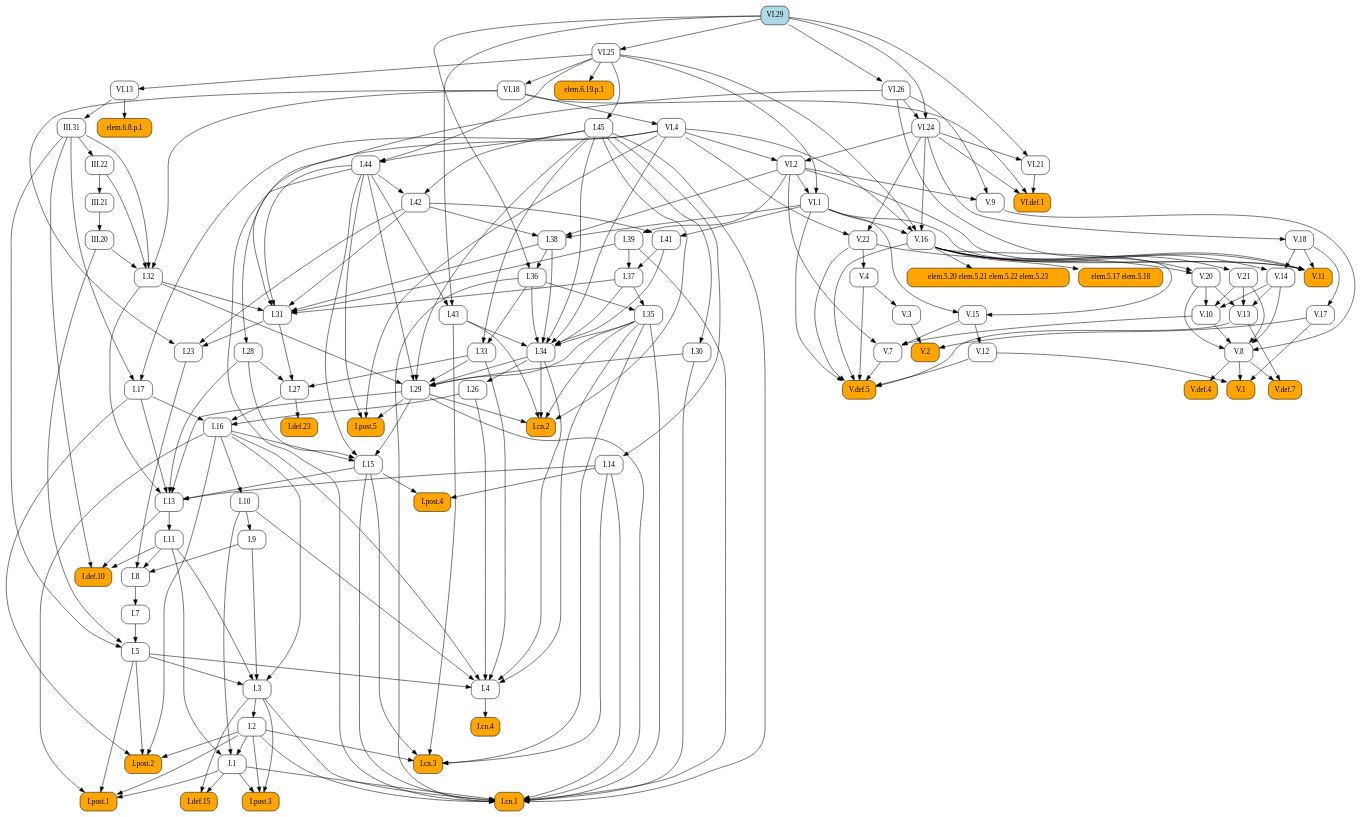
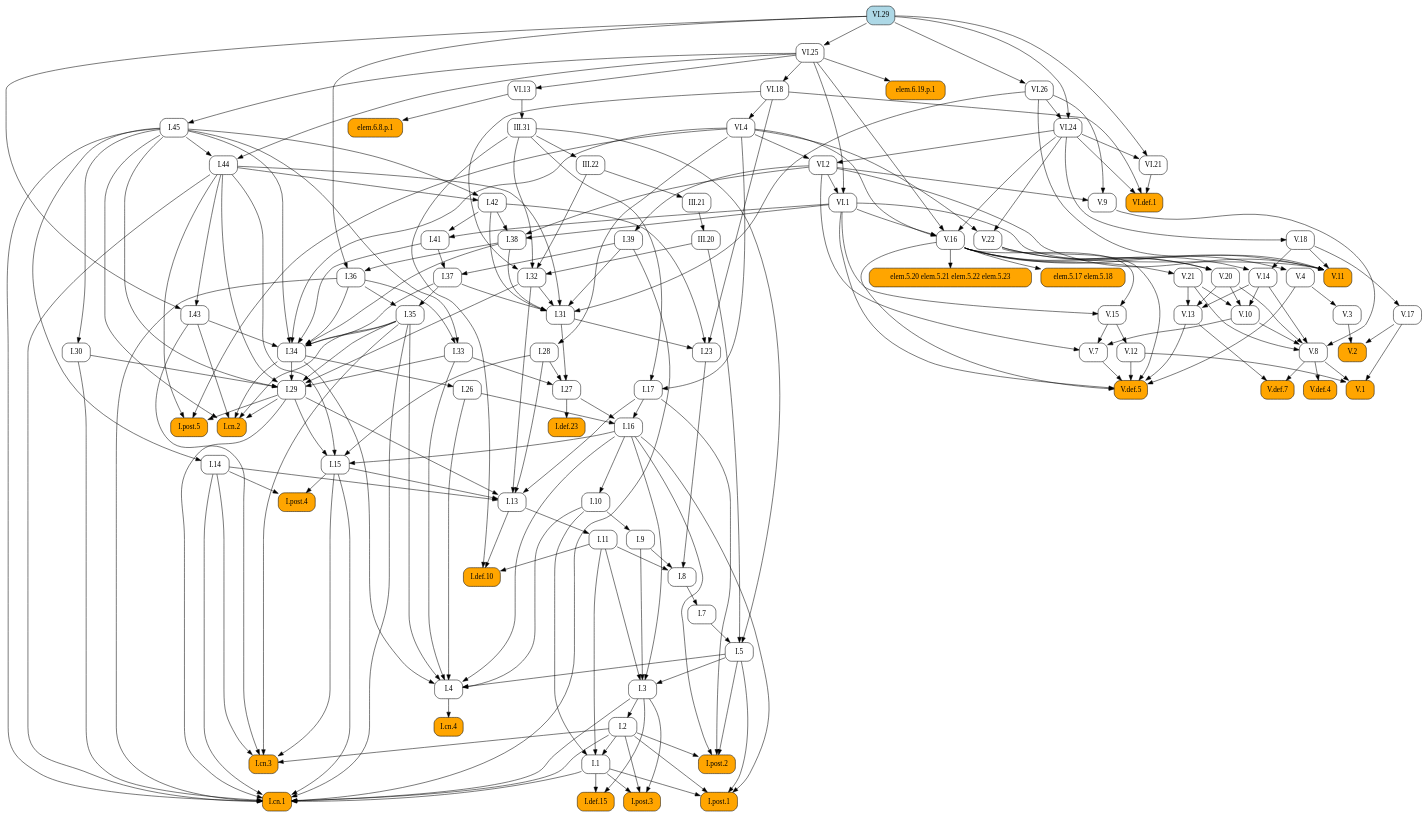
Before and after one commit to geometor/elements: the diagram in docsrc/elements2/VI/29/index.rst, drawn with Graphviz. The commit also changed other lines of this file and 409 other files, not shown here.

First line of the commit message:
feat: Add image cropping and graphic extraction script

```diff
--- a/docsrc/elements2/VI/29/index.rst
+++ b/docsrc/elements2/VI/29/index.rst
@@ -90,126 +90,94 @@
    digraph {
      rankdir="TB";
      node [shape=box, style=rounded];
+     "I.31" [URL="/elements2/I/31/", target="_top"];
+     "I.41" [URL="/elements2/I/41/", target="_top"];
+     "V.10" [URL="/elements2/V/10/", target="_top"];
      "I.8" [URL="/elements2/I/8/", target="_top"];
-     "V.20" [URL="/elements2/V/20/", target="_top"];
+     "I.15" [URL="/elements2/I/15/", target="_top"];
+     "VI.1" [URL="/elements2/VI/1/", target="_top"];
+     "V.8" [URL="/elements2/V/8/", target="_top"];
+     "I.44" [URL="/elements2/I/44/", target="_top"];
+     "I.26" [URL="/elements2/I/26/", target="_top"];
+     "I.cn.1" [style="rounded,filled", fillcolor=orange, URL="/elements2/I/cn.1/", target="_top"];
+     "elem.5.20 elem.5.21 elem.5.22 elem.5.23" [style="rounded,filled", fillcolor=orange];
+     "elem.6.8.p.1" [style="rounded,filled", fillcolor=orange];
+     "I.28" [URL="/elements2/I/28/", target="_top"];
+     "V.def.5" [style="rounded,filled", fillcolor=orange, URL="/elements2/V/def.5/", target="_top"];
+     "V.17" [URL="/elements2/V/17/", target="_top"];
+     "I.16" [URL="/elements2/I/16/", target="_top"];
+     "VI.13" [URL="/elements2/VI/13/", target="_top"];
+     "I.35" [URL="/elements2/I/35/", target="_top"];
+     "I.34" [URL="/elements2/I/34/", target="_top"];
+     "elem.6.19.p.1" [style="rounded,filled", fillcolor=orange];
+     "I.30" [URL="/elements2/I/30/", target="_top"];
+     "VI.18" [URL="/elements2/VI/18/", target="_top"];
+     "VI.4" [URL="/elements2/VI/4/", target="_top"];
+     "I.33" [URL="/elements2/I/33/", target="_top"];
+     "V.15" [URL="/elements2/V/15/", target="_top"];
+     "V.3" [URL="/elements2/V/3/", target="_top"];
+     "elem.5.17 elem.5.18" [style="rounded,filled", fillcolor=orange];
+     "I.def.15" [style="rounded,filled", fillcolor=orange, URL="/elements2/I/def.15/", target="_top"];
+     "V.4" [URL="/elements2/V/4/", target="_top"];
+     "V.14" [URL="/elements2/V/14/", target="_top"];
+     "I.42" [URL="/elements2/I/42/", target="_top"];
+     "I.11" [URL="/elements2/I/11/", target="_top"];
+     "III.22" [URL="/elements2/III/22/", target="_top"];
+     "I.14" [URL="/elements2/I/14/", target="_top"];
+     "III.21" [URL="/elements2/III/21/", target="_top"];
+     "I.cn.3" [style="rounded,filled", fillcolor=orange, URL="/elements2/I/cn.3/", target="_top"];
+     "V.11" [style="rounded,filled", fillcolor=orange, URL="/elements2/V/11/", target="_top"];
+     "I.9" [URL="/elements2/I/9/", target="_top"];
+     "I.29" [URL="/elements2/I/29/", target="_top"];
      "I.36" [URL="/elements2/I/36/", target="_top"];
-     "V.def.5" [style="rounded,filled", fillcolor=orange, URL="/elements2/V/def.5/", target="_top"];
-     "VI.13" [URL="/elements2/VI/13/", target="_top"];
-     "I.38" [URL="/elements2/I/38/", target="_top"];
-     "I.post.5" [style="rounded,filled", fillcolor=orange, URL="/elements2/I/post.5/", target="_top"];
-     "I.def.10" [style="rounded,filled", fillcolor=orange, URL="/elements2/I/def.10/", target="_top"];
-     "I.30" [URL="/elements2/I/30/", target="_top"];
+     "V.13" [URL="/elements2/V/13/", target="_top"];
+     "I.post.1" [style="rounded,filled", fillcolor=orange, URL="/elements2/I/post.1/", target="_top"];
+     "V.def.4" [style="rounded,filled", fillcolor=orange, URL="/elements2/V/def.4/", target="_top"];
+     "VI.2" [URL="/elements2/VI/2/", target="_top"];
+     "I.27" [URL="/elements2/I/27/", target="_top"];
+     "V.1" [style="rounded,filled", fillcolor=orange, URL="/elements2/V/1/", target="_top"];
+     "I.cn.4" [style="rounded,filled", fillcolor=orange, URL="/elements2/I/cn.4/", target="_top"];
+     "I.post.4" [style="rounded,filled", fillcolor=orange, URL="/elements2/I/post.4/", target="_top"];
      "I.cn.2" [style="rounded,filled", fillcolor=orange, URL="/elements2/I/cn.2/", target="_top"];
-     "elem.6.19.p.1" [style="rounded,filled", fillcolor=orange];
-     "III.31" [URL="/elements2/III/31/", target="_top"];
-     "I.31" [URL="/elements2/I/31/", target="_top"];
+     "V.7" [URL="/elements2/V/7/", target="_top"];
+     "I.37" [URL="/elements2/I/37/", target="_top"];
      "I.43" [URL="/elements2/I/43/", target="_top"];
-     "I.post.2" [style="rounded,filled", fillcolor=orange, URL="/elements2/I/post.2/", target="_top"];
-     "I.def.23" [style="rounded,filled", fillcolor=orange, URL="/elements2/I/def.23/", target="_top"];
-     "VI.25" [URL="/elements2/VI/25/", target="_top"];
-     "I.26" [URL="/elements2/I/26/", target="_top"];
-     "VI.21" [URL="/elements2/VI/21/", target="_top"];
-     "V.17" [URL="/elements2/V/17/", target="_top"];
-     "elem.6.8.p.1" [style="rounded,filled", fillcolor=orange];
-     "V.3" [URL="/elements2/V/3/", target="_top"];
-     "I.cn.3" [style="rounded,filled", fillcolor=orange, URL="/elements2/I/cn.3/", target="_top"];
+     "V.21" [URL="/elements2/V/21/", target="_top"];
+     "I.5" [URL="/elements2/I/5/", target="_top"];
+     "V.def.7" [style="rounded,filled", fillcolor=orange, URL="/elements2/V/def.7/", target="_top"];
+     "I.17" [URL="/elements2/I/17/", target="_top"];
+     "V.12" [URL="/elements2/V/12/", target="_top"];
+     "I.32" [URL="/elements2/I/32/", target="_top"];
+     "I.7" [URL="/elements2/I/7/", target="_top"];
+     "V.18" [URL="/elements2/V/18/", target="_top"];
+     "I.23" [URL="/elements2/I/23/", target="_top"];
+     "V.9" [URL="/elements2/V/9/", target="_top"];
      "III.20" [URL="/elements2/III/20/", target="_top"];
      "V.2" [style="rounded,filled", fillcolor=orange, URL="/elements2/V/2/", target="_top"];
-     "V.12" [URL="/elements2/V/12/", target="_top"];
+     "VI.29" [style="rounded,filled", fillcolor=lightblue, URL="/elements2/VI/29/", target="_top"];
+     "VI.21" [URL="/elements2/VI/21/", target="_top"];
+     "VI.25" [URL="/elements2/VI/25/", target="_top"];
+     "I.38" [URL="/elements2/I/38/", target="_top"];
+     "III.31" [URL="/elements2/III/31/", target="_top"];
+     "I.def.10" [style="rounded,filled", fillcolor=orange, URL="/elements2/I/def.10/", target="_top"];
+     "VI.24" [URL="/elements2/VI/24/", target="_top"];
+     "V.20" [URL="/elements2/V/20/", target="_top"];
+     "V.16" [URL="/elements2/V/16/", target="_top"];
+     "I.def.23" [style="rounded,filled", fillcolor=orange, URL="/elements2/I/def.23/", target="_top"];
+     "I.post.5" [style="rounded,filled", fillcolor=orange, URL="/elements2/I/post.5/", target="_top"];
+     "VI.26" [URL="/elements2/VI/26/", target="_top"];
+     "I.3" [URL="/elements2/I/3/", target="_top"];
+     "I.10" [URL="/elements2/I/10/", target="_top"];
+     "I.13" [URL="/elements2/I/13/", target="_top"];
+     "I.4" [URL="/elements2/I/4/", target="_top"];
+     "I.post.3" [style="rounded,filled", fillcolor=orange, URL="/elements2/I/post.3/", target="_top"];
+     "I.39" [URL="/elements2/I/39/", target="_top"];
+     "I.45" [URL="/elements2/I/45/", target="_top"];
+     "I.2" [URL="/elements2/I/2/", target="_top"];
+     "VI.def.1" [style="rounded,filled", fillcolor=orange, URL="/elements2/VI/def.1/", target="_top"];
+     "I.1" [URL="/elements2/I/1/", target="_top"];
+     "I.post.2" [style="rounded,filled", fillcolor=orange, URL="/elements2/I/post.2/", target="_top"];
      "V.22" [URL="/elements2/V/22/", target="_top"];
-     "VI.18" [URL="/elements2/VI/18/", target="_top"];
-     "I.35" [URL="/elements2/I/35/", target="_top"];
-     "I.41" [URL="/elements2/I/41/", target="_top"];
-     "I.28" [URL="/elements2/I/28/", target="_top"];
-     "I.27" [URL="/elements2/I/27/", target="_top"];
-     "I.4" [URL="/elements2/I/4/", target="_top"];
-     "I.44" [URL="/elements2/I/44/", target="_top"];
-     "V.8" [URL="/elements2/V/8/", target="_top"];
-     "VI.2" [URL="/elements2/VI/2/", target="_top"];
-     "I.39" [URL="/elements2/I/39/", target="_top"];
-     "I.15" [URL="/elements2/I/15/", target="_top"];
-     "VI.24" [URL="/elements2/VI/24/", target="_top"];
-     "I.34" [URL="/elements2/I/34/", target="_top"];
-     "I.post.3" [style="rounded,filled", fillcolor=orange, URL="/elements2/I/post.3/", target="_top"];
-     "I.32" [URL="/elements2/I/32/", target="_top"];
-     "V.18" [URL="/elements2/V/18/", target="_top"];
-     "V.def.4" [style="rounded,filled", fillcolor=orange, URL="/elements2/V/def.4/", target="_top"];
-     "I.14" [URL="/elements2/I/14/", target="_top"];
-     "I.post.1" [style="rounded,filled", fillcolor=orange, URL="/elements2/I/post.1/", target="_top"];
-     "I.33" [URL="/elements2/I/33/", target="_top"];
-     "I.45" [URL="/elements2/I/45/", target="_top"];
-     "I.5" [URL="/elements2/I/5/", target="_top"];
-     "elem.5.17 elem.5.18" [style="rounded,filled", fillcolor=orange];
-     "VI.1" [URL="/elements2/VI/1/", target="_top"];
-     "V.11" [style="rounded,filled", fillcolor=orange, URL="/elements2/V/11/", target="_top"];
-     "V.13" [URL="/elements2/V/13/", target="_top"];
-     "III.22" [URL="/elements2/III/22/", target="_top"];
-     "V.9" [URL="/elements2/V/9/", target="_top"];
-     "V.16" [URL="/elements2/V/16/", target="_top"];
-     "I.def.15" [style="rounded,filled", fillcolor=orange, URL="/elements2/I/def.15/", target="_top"];
-     "V.15" [URL="/elements2/V/15/", target="_top"];
-     "I.11" [URL="/elements2/I/11/", target="_top"];
-     "I.3" [URL="/elements2/I/3/", target="_top"];
-     "V.14" [URL="/elements2/V/14/", target="_top"];
-     "VI.4" [URL="/elements2/VI/4/", target="_top"];
-     "V.10" [URL="/elements2/V/10/", target="_top"];
-     "I.1" [URL="/elements2/I/1/", target="_top"];
-     "I.cn.4" [style="rounded,filled", fillcolor=orange, URL="/elements2/I/cn.4/", target="_top"];
-     "I.23" [URL="/elements2/I/23/", target="_top"];
-     "III.21" [URL="/elements2/III/21/", target="_top"];
-     "I.7" [URL="/elements2/I/7/", target="_top"];
-     "I.42" [URL="/elements2/I/42/", target="_top"];
-     "I.17" [URL="/elements2/I/17/", target="_top"];
-     "I.9" [URL="/elements2/I/9/", target="_top"];
-     "V.1" [style="rounded,filled", fillcolor=orange, URL="/elements2/V/1/", target="_top"];
-     "V.7" [URL="/elements2/V/7/", target="_top"];
-     "I.29" [URL="/elements2/I/29/", target="_top"];
-     "V.21" [URL="/elements2/V/21/", target="_top"];
-     "elem.5.20 elem.5.21 elem.5.22 elem.5.23" [style="rounded,filled", fillcolor=orange];
-     "I.16" [URL="/elements2/I/16/", target="_top"];
-     "I.cn.1" [style="rounded,filled", fillcolor=orange, URL="/elements2/I/cn.1/", target="_top"];
-     "I.post.4" [style="rounded,filled", fillcolor=orange, URL="/elements2/I/post.4/", target="_top"];
-     "I.13" [URL="/elements2/I/13/", target="_top"];
-     "VI.def.1" [style="rounded,filled", fillcolor=orange, URL="/elements2/VI/def.1/", target="_top"];
-     "I.2" [URL="/elements2/I/2/", target="_top"];
-     "I.37" [URL="/elements2/I/37/", target="_top"];
-     "VI.29" [style="rounded,filled", fillcolor=lightblue, URL="/elements2/VI/29/", target="_top"];
-     "I.10" [URL="/elements2/I/10/", target="_top"];
-     "V.def.7" [style="rounded,filled", fillcolor=orange, URL="/elements2/V/def.7/", target="_top"];
-     "VI.26" [URL="/elements2/VI/26/", target="_top"];
-     "V.4" [URL="/elements2/V/4/", target="_top"];
-     "I.9" -> "I.8";
-     "I.11" -> "I.8";
-     "I.23" -> "I.8";
-     "V.16" -> "V.20";
-     "V.22" -> "V.20";
-     "I.38" -> "I.36";
-     "VI.29" -> "I.36";
-     "V.4" -> "V.def.5";
-     "V.7" -> "V.def.5";
-     "V.12" -> "V.def.5";
-     "V.13" -> "V.def.5";
-     "V.16" -> "V.def.5";
-     "V.22" -> "V.def.5";
-     "VI.1" -> "V.def.5";
-     "VI.25" -> "VI.13";
-     "I.42" -> "I.38";
-     "VI.1" -> "I.38";
-     "VI.2" -> "I.38";
-     "I.29" -> "I.post.5";
-     "I.44" -> "I.post.5";
-     "VI.4" -> "I.post.5";
-     "I.11" -> "I.def.10";
-     "I.13" -> "I.def.10";
-     "III.31" -> "I.def.10";
-     "I.45" -> "I.30";
-     "I.29" -> "I.cn.2";
-     "I.34" -> "I.cn.2";
-     "I.35" -> "I.cn.2";
-     "I.43" -> "I.cn.2";
-     "I.45" -> "I.cn.2";
-     "VI.25" -> "elem.6.19.p.1";
-     "VI.13" -> "III.31";
      "I.32" -> "I.31";
      "I.37" -> "I.31";
      "I.38" -> "I.31";
@@ -217,156 +185,28 @@
      "I.42" -> "I.31";
      "I.44" -> "I.31";
      "VI.26" -> "I.31";
-     "I.44" -> "I.43";
-     "VI.29" -> "I.43";
-     "I.2" -> "I.post.2";
-     "I.5" -> "I.post.2";
-     "I.16" -> "I.post.2";
-     "I.17" -> "I.post.2";
-     "I.27" -> "I.def.23";
-     "VI.29" -> "VI.25";
-     "I.34" -> "I.26";
-     "VI.24" -> "VI.21";
-     "VI.29" -> "VI.21";
-     "V.18" -> "V.17";
-     "VI.13" -> "elem.6.8.p.1";
-     "V.4" -> "V.3";
-     "I.2" -> "I.cn.3";
-     "I.14" -> "I.cn.3";
-     "I.15" -> "I.cn.3";
-     "I.35" -> "I.cn.3";
-     "I.43" -> "I.cn.3";
-     "III.21" -> "III.20";
-     "V.3" -> "V.2";
-     "V.17" -> "V.2";
-     "V.15" -> "V.12";
-     "VI.4" -> "V.22";
-     "VI.24" -> "V.22";
-     "VI.25" -> "VI.18";
-     "I.36" -> "I.35";
-     "I.37" -> "I.35";
      "I.42" -> "I.41";
      "VI.1" -> "I.41";
-     "VI.4" -> "I.28";
-     "I.28" -> "I.27";
-     "I.31" -> "I.27";
-     "I.33" -> "I.27";
-     "I.5" -> "I.4";
-     "I.10" -> "I.4";
-     "I.16" -> "I.4";
-     "I.26" -> "I.4";
-     "I.33" -> "I.4";
-     "I.34" -> "I.4";
-     "I.35" -> "I.4";
-     "I.45" -> "I.44";
-     "VI.25" -> "I.44";
+     "V.14" -> "V.10";
+     "V.20" -> "V.10";
+     "V.21" -> "V.10";
+     "I.9" -> "I.8";
+     "I.11" -> "I.8";
+     "I.23" -> "I.8";
+     "I.16" -> "I.15";
+     "I.28" -> "I.15";
+     "I.29" -> "I.15";
+     "I.44" -> "I.15";
+     "VI.2" -> "VI.1";
+     "VI.25" -> "VI.1";
      "V.9" -> "V.8";
      "V.10" -> "V.8";
      "V.14" -> "V.8";
      "V.20" -> "V.8";
      "V.21" -> "V.8";
-     "VI.4" -> "VI.2";
-     "VI.24" -> "VI.2";
-     "VI.2" -> "I.39";
-     "I.16" -> "I.15";
-     "I.28" -> "I.15";
-     "I.29" -> "I.15";
-     "I.44" -> "I.15";
-     "VI.26" -> "VI.24";
-     "VI.29" -> "VI.24";
-     "I.35" -> "I.34";
-     "I.36" -> "I.34";
-     "I.37" -> "I.34";
-     "I.38" -> "I.34";
-     "I.41" -> "I.34";
-     "I.43" -> "I.34";
-     "I.45" -> "I.34";
-     "VI.4" -> "I.34";
-     "I.1" -> "I.post.3";
-     "I.2" -> "I.post.3";
-     "I.3" -> "I.post.3";
-     "III.20" -> "I.32";
-     "III.22" -> "I.32";
-     "III.31" -> "I.32";
-     "VI.18" -> "I.32";
-     "VI.24" -> "V.18";
-     "V.8" -> "V.def.4";
-     "I.45" -> "I.14";
-     "I.1" -> "I.post.1";
-     "I.2" -> "I.post.1";
-     "I.5" -> "I.post.1";
-     "I.16" -> "I.post.1";
-     "I.36" -> "I.33";
-     "I.45" -> "I.33";
-     "VI.25" -> "I.45";
-     "I.7" -> "I.5";
-     "III.20" -> "I.5";
-     "III.31" -> "I.5";
-     "V.16" -> "elem.5.17 elem.5.18";
-     "VI.2" -> "VI.1";
-     "VI.25" -> "VI.1";
-     "V.16" -> "V.11";
-     "V.18" -> "V.11";
-     "VI.1" -> "V.11";
-     "VI.2" -> "V.11";
-     "VI.26" -> "V.11";
-     "V.14" -> "V.13";
-     "V.20" -> "V.13";
-     "V.21" -> "V.13";
-     "III.31" -> "III.22";
-     "VI.2" -> "V.9";
-     "VI.26" -> "V.9";
-     "VI.1" -> "V.16";
-     "VI.4" -> "V.16";
-     "VI.24" -> "V.16";
-     "VI.25" -> "V.16";
-     "I.1" -> "I.def.15";
-     "I.3" -> "I.def.15";
-     "V.16" -> "V.15";
-     "VI.1" -> "V.15";
-     "I.13" -> "I.11";
-     "I.5" -> "I.3";
-     "I.9" -> "I.3";
-     "I.11" -> "I.3";
-     "I.16" -> "I.3";
-     "V.16" -> "V.14";
-     "V.18" -> "V.14";
-     "VI.18" -> "VI.4";
-     "V.14" -> "V.10";
-     "V.20" -> "V.10";
-     "V.21" -> "V.10";
-     "I.2" -> "I.1";
-     "I.10" -> "I.1";
-     "I.11" -> "I.1";
-     "I.4" -> "I.cn.4";
-     "I.31" -> "I.23";
-     "I.42" -> "I.23";
-     "VI.18" -> "I.23";
-     "III.22" -> "III.21";
-     "I.8" -> "I.7";
-     "I.44" -> "I.42";
-     "I.45" -> "I.42";
-     "III.31" -> "I.17";
-     "VI.4" -> "I.17";
-     "I.10" -> "I.9";
-     "V.8" -> "V.1";
-     "V.12" -> "V.1";
-     "V.17" -> "V.1";
-     "V.10" -> "V.7";
-     "V.15" -> "V.7";
-     "VI.2" -> "V.7";
-     "I.30" -> "I.29";
-     "I.32" -> "I.29";
-     "I.33" -> "I.29";
-     "I.34" -> "I.29";
-     "I.35" -> "I.29";
-     "I.44" -> "I.29";
-     "I.45" -> "I.29";
-     "V.16" -> "V.21";
-     "V.16" -> "elem.5.20 elem.5.21 elem.5.22 elem.5.23";
-     "I.17" -> "I.16";
-     "I.26" -> "I.16";
-     "I.27" -> "I.16";
+     "I.45" -> "I.44";
+     "VI.25" -> "I.44";
+     "I.34" -> "I.26";
      "I.1" -> "I.cn.1";
      "I.2" -> "I.cn.1";
      "I.3" -> "I.cn.1";
@@ -379,23 +219,183 @@
      "I.39" -> "I.cn.1";
      "I.44" -> "I.cn.1";
      "I.45" -> "I.cn.1";
+     "V.16" -> "elem.5.20 elem.5.21 elem.5.22 elem.5.23";
+     "VI.13" -> "elem.6.8.p.1";
+     "VI.4" -> "I.28";
+     "V.4" -> "V.def.5";
+     "V.7" -> "V.def.5";
+     "V.12" -> "V.def.5";
+     "V.13" -> "V.def.5";
+     "V.16" -> "V.def.5";
+     "V.22" -> "V.def.5";
+     "VI.1" -> "V.def.5";
+     "V.18" -> "V.17";
+     "I.17" -> "I.16";
+     "I.26" -> "I.16";
+     "I.27" -> "I.16";
+     "VI.25" -> "VI.13";
+     "I.36" -> "I.35";
+     "I.37" -> "I.35";
+     "I.35" -> "I.34";
+     "I.36" -> "I.34";
+     "I.37" -> "I.34";
+     "I.38" -> "I.34";
+     "I.41" -> "I.34";
+     "I.43" -> "I.34";
+     "I.45" -> "I.34";
+     "VI.4" -> "I.34";
+     "VI.25" -> "elem.6.19.p.1";
+     "I.45" -> "I.30";
+     "VI.25" -> "VI.18";
+     "VI.18" -> "VI.4";
+     "I.36" -> "I.33";
+     "I.45" -> "I.33";
+     "V.16" -> "V.15";
+     "VI.1" -> "V.15";
+     "V.4" -> "V.3";
+     "V.16" -> "elem.5.17 elem.5.18";
+     "I.1" -> "I.def.15";
+     "I.3" -> "I.def.15";
+     "V.22" -> "V.4";
+     "V.16" -> "V.14";
+     "V.18" -> "V.14";
+     "I.44" -> "I.42";
+     "I.45" -> "I.42";
+     "I.13" -> "I.11";
+     "III.31" -> "III.22";
+     "I.45" -> "I.14";
+     "III.22" -> "III.21";
+     "I.2" -> "I.cn.3";
+     "I.14" -> "I.cn.3";
+     "I.15" -> "I.cn.3";
+     "I.35" -> "I.cn.3";
+     "I.43" -> "I.cn.3";
+     "V.16" -> "V.11";
+     "V.18" -> "V.11";
+     "VI.1" -> "V.11";
+     "VI.2" -> "V.11";
+     "VI.26" -> "V.11";
+     "I.10" -> "I.9";
+     "I.30" -> "I.29";
+     "I.32" -> "I.29";
+     "I.33" -> "I.29";
+     "I.34" -> "I.29";
+     "I.35" -> "I.29";
+     "I.44" -> "I.29";
+     "I.45" -> "I.29";
+     "I.38" -> "I.36";
+     "VI.29" -> "I.36";
+     "V.14" -> "V.13";
+     "V.20" -> "V.13";
+     "V.21" -> "V.13";
+     "I.1" -> "I.post.1";
+     "I.2" -> "I.post.1";
+     "I.5" -> "I.post.1";
+     "I.16" -> "I.post.1";
+     "V.8" -> "V.def.4";
+     "VI.4" -> "VI.2";
+     "VI.24" -> "VI.2";
+     "I.28" -> "I.27";
+     "I.31" -> "I.27";
+     "I.33" -> "I.27";
+     "V.8" -> "V.1";
+     "V.12" -> "V.1";
+     "V.17" -> "V.1";
+     "I.4" -> "I.cn.4";
      "I.14" -> "I.post.4";
      "I.15" -> "I.post.4";
+     "I.29" -> "I.cn.2";
+     "I.34" -> "I.cn.2";
+     "I.35" -> "I.cn.2";
+     "I.43" -> "I.cn.2";
+     "I.45" -> "I.cn.2";
+     "V.10" -> "V.7";
+     "V.15" -> "V.7";
+     "VI.2" -> "V.7";
+     "I.39" -> "I.37";
+     "I.41" -> "I.37";
+     "I.44" -> "I.43";
+     "VI.29" -> "I.43";
+     "V.16" -> "V.21";
+     "I.7" -> "I.5";
+     "III.20" -> "I.5";
+     "III.31" -> "I.5";
+     "V.8" -> "V.def.7";
+     "V.13" -> "V.def.7";
+     "III.31" -> "I.17";
+     "VI.4" -> "I.17";
+     "V.15" -> "V.12";
+     "III.20" -> "I.32";
+     "III.22" -> "I.32";
+     "III.31" -> "I.32";
+     "VI.18" -> "I.32";
+     "I.8" -> "I.7";
+     "VI.24" -> "V.18";
+     "I.31" -> "I.23";
+     "I.42" -> "I.23";
+     "VI.18" -> "I.23";
+     "VI.2" -> "V.9";
+     "VI.26" -> "V.9";
+     "III.21" -> "III.20";
+     "V.3" -> "V.2";
+     "V.17" -> "V.2";
+     "VI.24" -> "VI.21";
+     "VI.29" -> "VI.21";
+     "VI.29" -> "VI.25";
+     "I.42" -> "I.38";
+     "VI.1" -> "I.38";
+     "VI.2" -> "I.38";
+     "VI.13" -> "III.31";
+     "I.11" -> "I.def.10";
+     "I.13" -> "I.def.10";
+     "III.31" -> "I.def.10";
+     "VI.26" -> "VI.24";
+     "VI.29" -> "VI.24";
+     "V.16" -> "V.20";
+     "V.22" -> "V.20";
+     "VI.1" -> "V.16";
+     "VI.4" -> "V.16";
+     "VI.24" -> "V.16";
+     "VI.25" -> "V.16";
+     "I.27" -> "I.def.23";
+     "I.29" -> "I.post.5";
+     "I.44" -> "I.post.5";
+     "VI.4" -> "I.post.5";
+     "VI.29" -> "VI.26";
+     "I.5" -> "I.3";
+     "I.9" -> "I.3";
+     "I.11" -> "I.3";
+     "I.16" -> "I.3";
+     "I.16" -> "I.10";
      "I.14" -> "I.13";
      "I.15" -> "I.13";
      "I.17" -> "I.13";
      "I.28" -> "I.13";
      "I.29" -> "I.13";
      "I.32" -> "I.13";
+     "I.5" -> "I.4";
+     "I.10" -> "I.4";
+     "I.16" -> "I.4";
+     "I.26" -> "I.4";
+     "I.33" -> "I.4";
+     "I.34" -> "I.4";
+     "I.35" -> "I.4";
+     "I.1" -> "I.post.3";
+     "I.2" -> "I.post.3";
+     "I.3" -> "I.post.3";
+     "VI.2" -> "I.39";
+     "VI.25" -> "I.45";
+     "I.3" -> "I.2";
      "VI.18" -> "VI.def.1";
      "VI.21" -> "VI.def.1";
      "VI.24" -> "VI.def.1";
-     "I.3" -> "I.2";
-     "I.39" -> "I.37";
-     "I.41" -> "I.37";
-     "I.16" -> "I.10";
-     "V.8" -> "V.def.7";
-     "V.13" -> "V.def.7";
-     "VI.29" -> "VI.26";
-     "V.22" -> "V.4";
+     "I.2" -> "I.1";
+     "I.10" -> "I.1";
+     "I.11" -> "I.1";
+     "I.2" -> "I.post.2";
+     "I.5" -> "I.post.2";
+     "I.16" -> "I.post.2";
+     "I.17" -> "I.post.2";
+     "VI.4" -> "V.22";
+     "VI.24" -> "V.22";
    }
```
